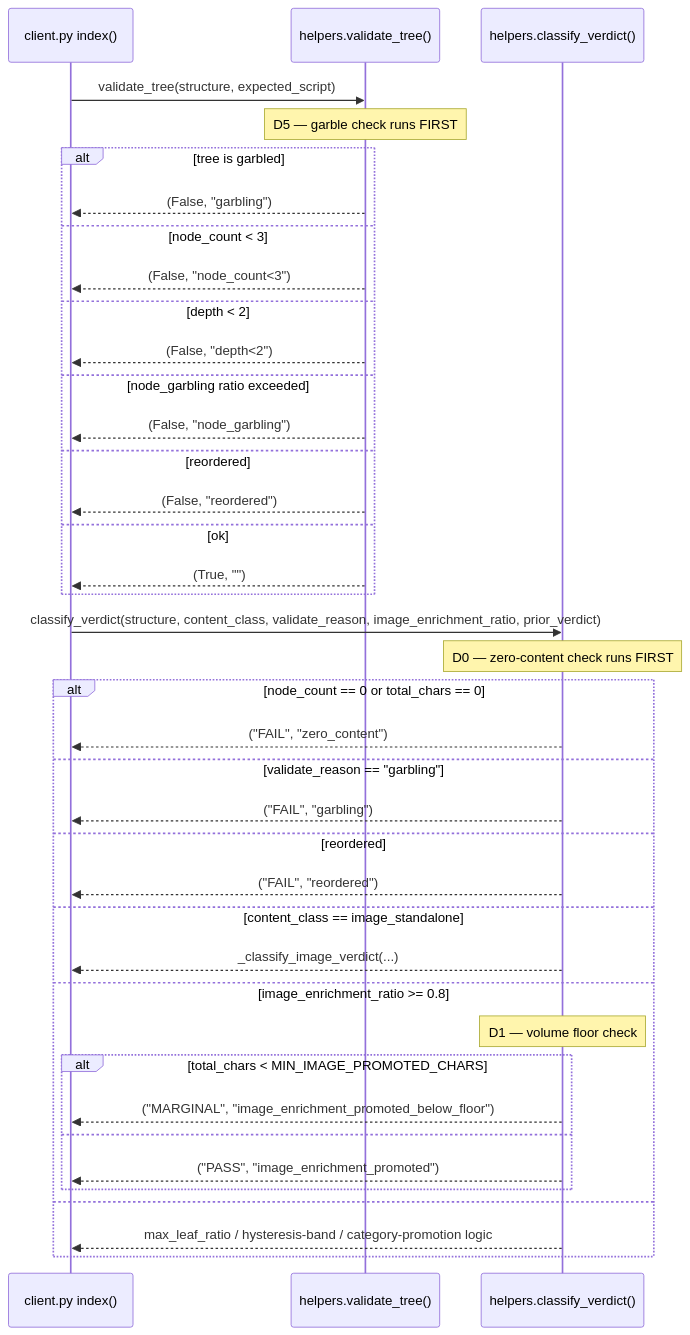
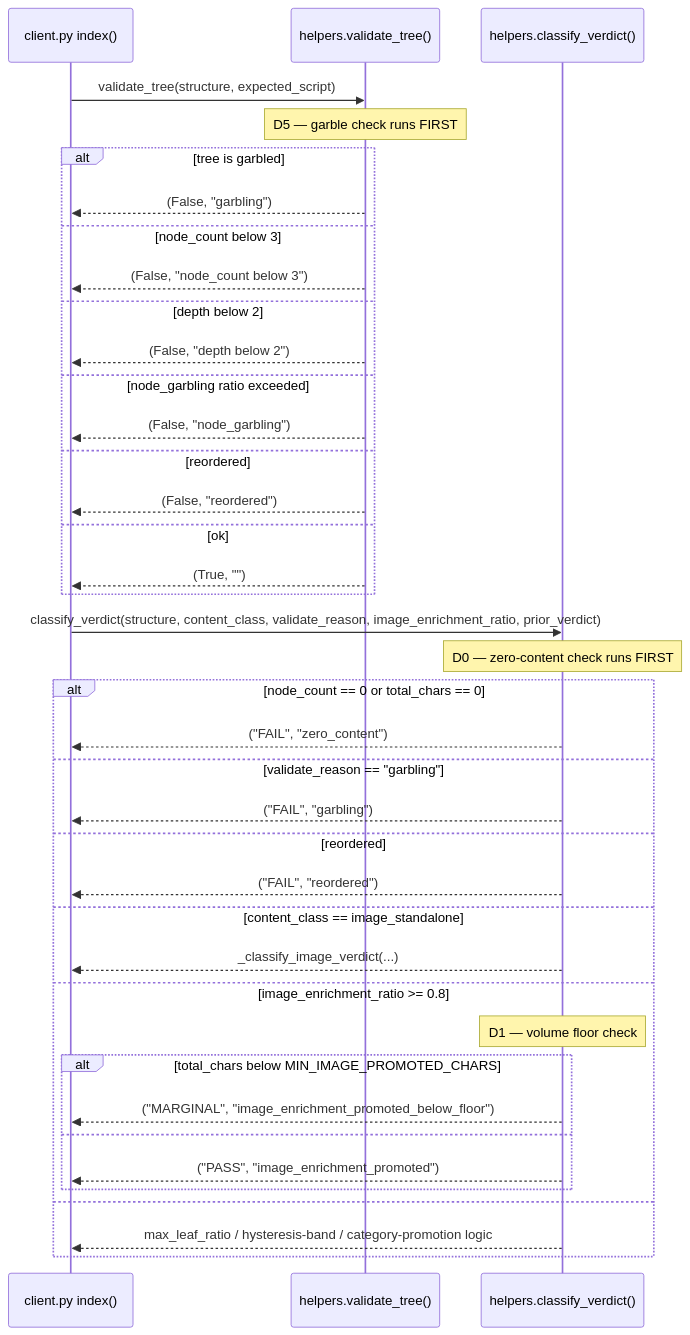
The second of 4 diagrams in .agents/designs/design-rfc026-verdict-gate-hardening-rotation-detection.md (trehansalil/pageindex), drawn with Mermaid before and after one commit. The commit also changed 9 other files, not shown here.

````diff
--- a/.agents/designs/design-rfc026-verdict-gate-hardening-rotation-detection.md
+++ b/.agents/designs/design-rfc026-verdict-gate-hardening-rotation-detection.md
@@ -130,43 +130,43 @@
 ```mermaid
 sequenceDiagram
     participant C as client.py index()
     participant VT as helpers.validate_tree()
     participant CV as helpers.classify_verdict()
 
     C->>VT: validate_tree(structure, expected_script)
     Note over VT: D5 — garble check runs FIRST
     alt tree is garbled
         VT-->>C: (False, "garbling")
-    else node_count < 3
-        VT-->>C: (False, "node_count<3")
-    else depth < 2
-        VT-->>C: (False, "depth<2")
+    else node_count below 3
+        VT-->>C: (False, "node_count below 3")
+    else depth below 2
+        VT-->>C: (False, "depth below 2")
     else node_garbling ratio exceeded
         VT-->>C: (False, "node_garbling")
     else reordered
         VT-->>C: (False, "reordered")
     else ok
         VT-->>C: (True, "")
     end
 
     C->>CV: classify_verdict(structure, content_class, validate_reason, image_enrichment_ratio, prior_verdict)
     Note over CV: D0 — zero-content check runs FIRST
     alt node_count == 0 or total_chars == 0
         CV-->>C: ("FAIL", "zero_content")
     else validate_reason == "garbling"
         CV-->>C: ("FAIL", "garbling")
     else reordered
         CV-->>C: ("FAIL", "reordered")
     else content_class == image_standalone
         CV-->>C: _classify_image_verdict(...)
     else image_enrichment_ratio >= 0.8
         Note over CV: D1 — volume floor check
-        alt total_chars < MIN_IMAGE_PROMOTED_CHARS
+        alt total_chars below MIN_IMAGE_PROMOTED_CHARS
             CV-->>C: ("MARGINAL", "image_enrichment_promoted_below_floor")
         else
             CV-->>C: ("PASS", "image_enrichment_promoted")
         end
     else
         CV-->>C: max_leaf_ratio / hysteresis-band / category-promotion logic
     end
 ```
````
